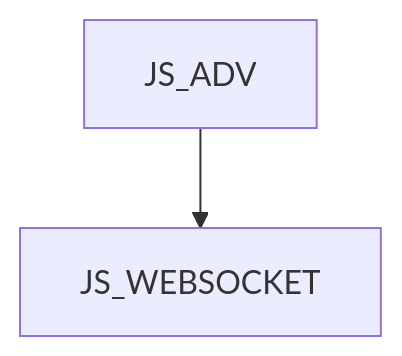
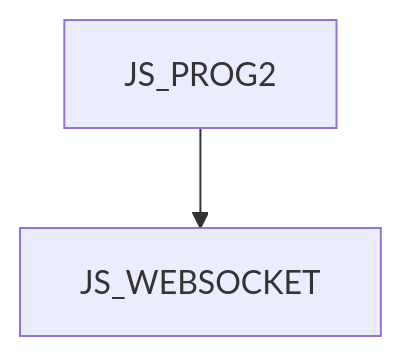
Before and after one commit to mbradic/gopas-osnovy: the diagram in JS_WEBSOCKET CZ.md, drawn with Mermaid. The commit also changed other lines of this file and 31 other files, not shown here.

Commit message:
Update: JS_INTRO a JS_ADV -> JS_PROG1 a JS_PROG2

````diff
--- a/JS_WEBSOCKET CZ.md
+++ b/JS_WEBSOCKET CZ.md
@@ -11,4 +11,4 @@
 ```mermaid
 graph TD
-    JS_ADV --> JS_WEBSOCKET
+    JS_PROG2 --> JS_WEBSOCKET
 ```
````
